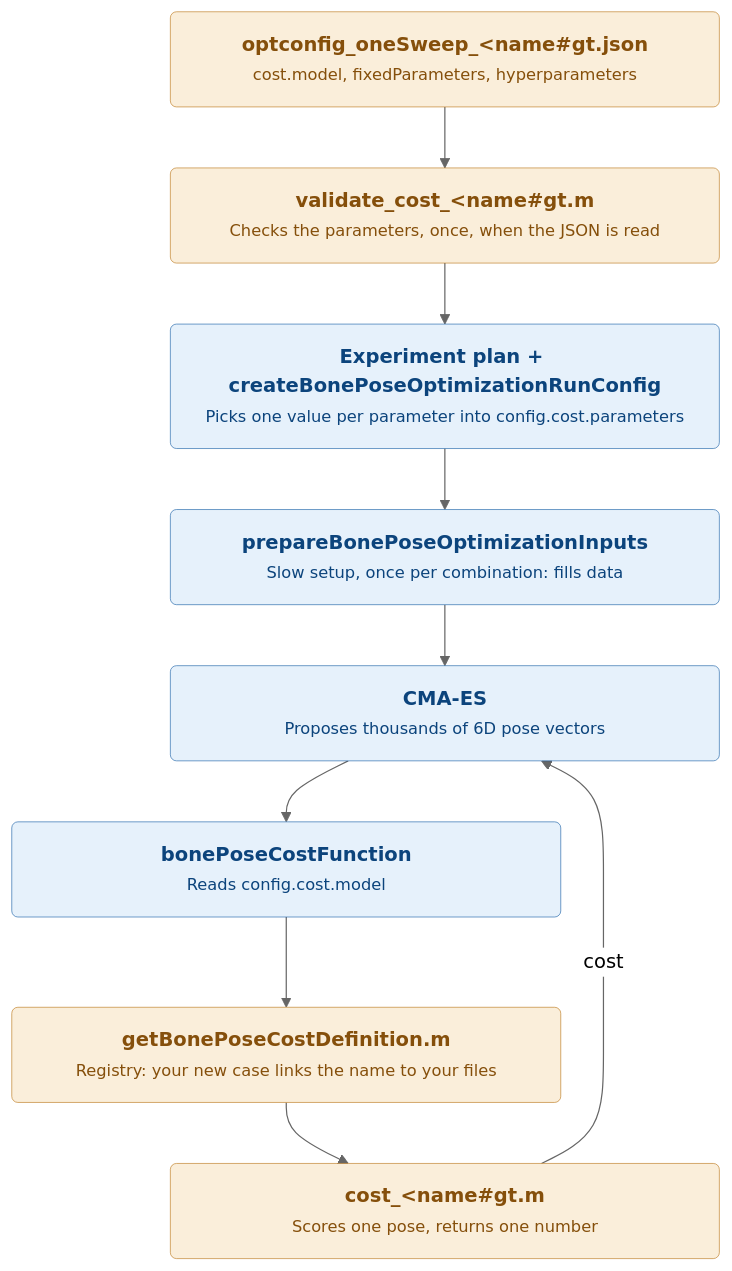
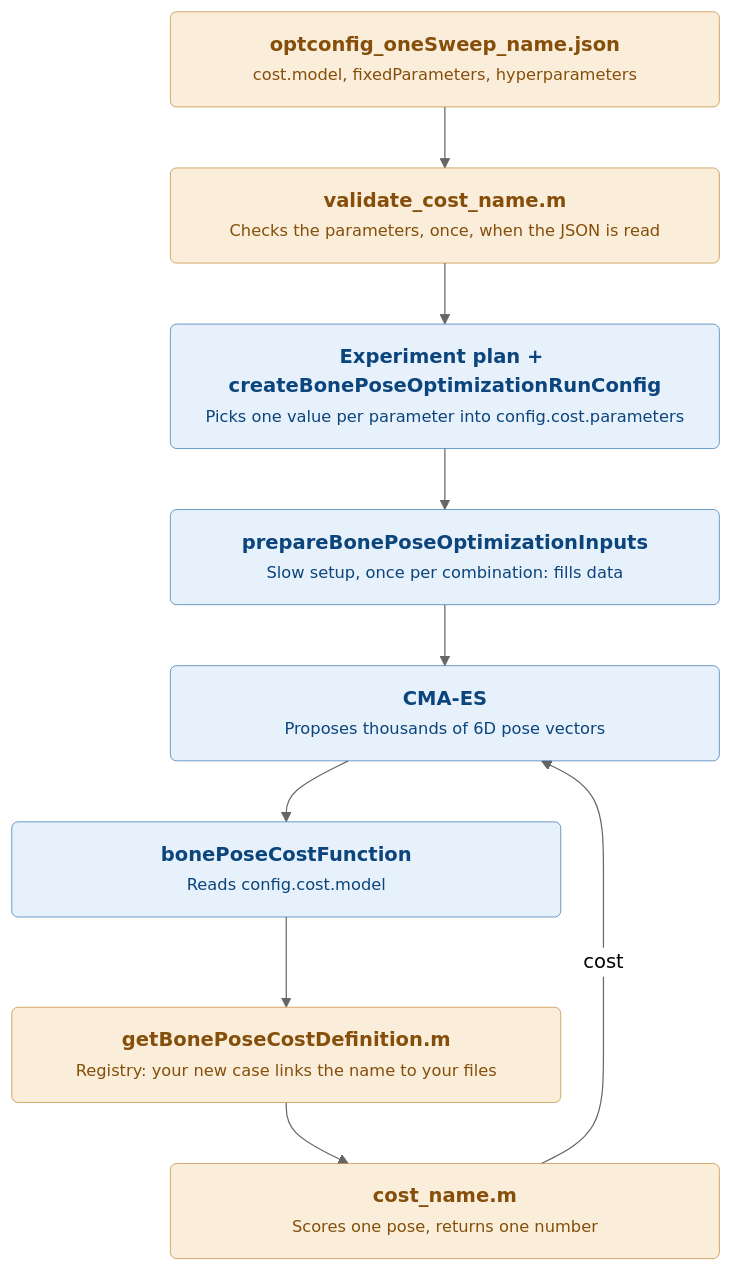
One commit to dacvm/UltrasoundBased2D3DBonePoseEstimation changed the diagram in docs/adding-a-cost-function.md. Above: the diagram before and after it, drawn with Mermaid (neutral theme).

Commit message:
change name in the block

````diff
--- a/docs/adding-a-cost-function.md
+++ b/docs/adding-a-cost-function.md
@@ -9,17 +9,17 @@
 ```mermaid
 flowchart TD
     classDef fixed  fill:#E6F1FB,stroke:#185FA5,color:#0C447C,stroke-width:0.5px
     classDef change fill:#FAEEDA,stroke:#BA7517,color:#854F0B,stroke-width:0.5px
 
-    J("<span style='display:inline-block;width:420px'><b>optconfig_oneSweep_#lt;name#gt;.json</b><br/><small>cost.model, fixedParameters, hyperparameters</small></span>"):::change
-    V("<span style='display:inline-block;width:420px'><b>validate_cost_#lt;name#gt;.m</b><br/><small>Checks the parameters, once, when the JSON is read</small></span>"):::change
+    J("<span style='display:inline-block;width:420px'><b>optconfig_oneSweep_name.json</b><br/><small>cost.model, fixedParameters, hyperparameters</small></span>"):::change
+    V("<span style='display:inline-block;width:420px'><b>validate_cost_name.m</b><br/><small>Checks the parameters, once, when the JSON is read</small></span>"):::change
     P("<span style='display:inline-block;width:420px'><b>Experiment plan + createBonePoseOptimizationRunConfig</b><br/><small>Picks one value per parameter into config.cost.parameters</small></span>"):::fixed
     D("<span style='display:inline-block;width:420px'><b>prepareBonePoseOptimizationInputs</b><br/><small>Slow setup, once per combination: fills data</small></span>"):::fixed
     C("<span style='display:inline-block;width:420px'><b>CMA-ES</b><br/><small>Proposes thousands of 6D pose vectors</small></span>"):::fixed
     B("<span style='display:inline-block;width:420px'><b>bonePoseCostFunction</b><br/><small>Reads config.cost.model</small></span>"):::fixed
     R("<span style='display:inline-block;width:420px'><b>getBonePoseCostDefinition.m</b><br/><small>Registry: your new case links the name to your files</small></span>"):::change
-    E("<span style='display:inline-block;width:420px'><b>cost_#lt;name#gt;.m</b><br/><small>Scores one pose, returns one number</small></span>"):::change
+    E("<span style='display:inline-block;width:420px'><b>cost_name.m</b><br/><small>Scores one pose, returns one number</small></span>"):::change
 
     J --> V --> P --> D --> C --> B --> R --> E
     E -- cost --> C
 ```
````
